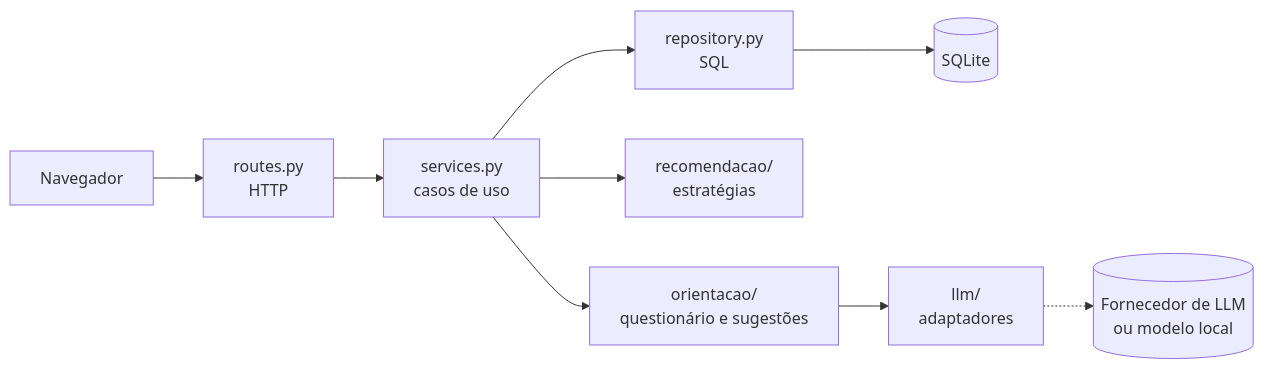
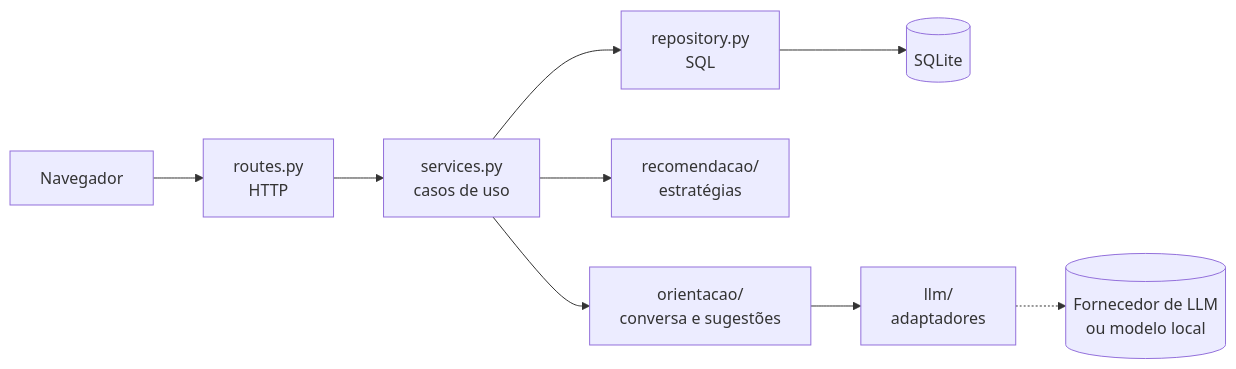
Before and after one commit to Simaooo27/recomendador-ucs-opcionais: the first of 4 diagrams in docs/geral/03-arquitetura-e-padroes.md, drawn with Mermaid. The commit also changed 5 other files, not shown here.

````diff
--- a/docs/geral/03-arquitetura-e-padroes.md
+++ b/docs/geral/03-arquitetura-e-padroes.md
@@ -9,11 +9,11 @@
 ```mermaid
 flowchart LR
     B[Navegador] --> R[routes.py<br>HTTP]
     R --> S[services.py<br>casos de uso]
     S --> Rep[repository.py<br>SQL]
     Rep --> DB[(SQLite)]
     S --> Rec[recomendacao/<br>estratégias]
-    S --> O[orientacao/<br>questionário e sugestões]
+    S --> O[orientacao/<br>conversa e sugestões]
     O --> L[llm/<br>adaptadores]
     L -.-> API[(Fornecedor de LLM<br>ou modelo local)]
 ```
````
